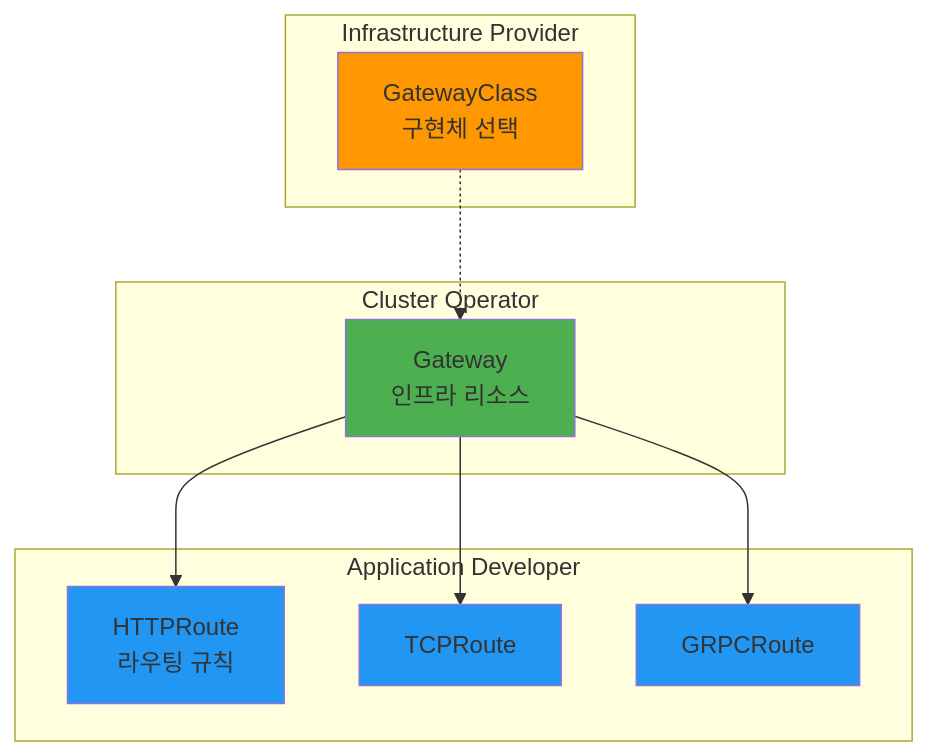
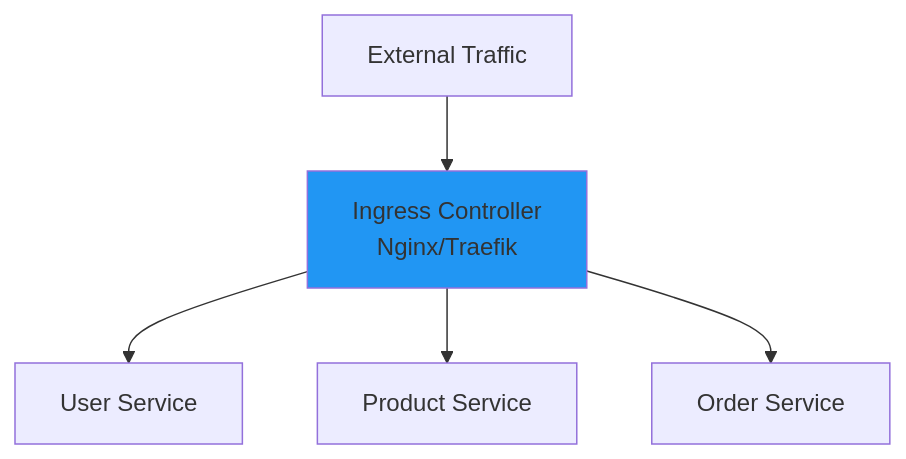
One commit to niceguy61/kdt_devops_lecture_2025 changed the fifth of 6 diagrams in theory/week_04/day2/session_1.md. Above: the diagram before and after it, drawn with Mermaid. The commit also changed other lines of this file and 2 other files, not shown here.

````diff
--- a/theory/week_04/day2/session_1.md
+++ b/theory/week_04/day2/session_1.md
@@ -118,27 +162,10 @@
 ```mermaid
 graph TB
-    subgraph "Infrastructure Provider"
-        GC[GatewayClass<br/>구현체 선택]
-    end
+    A[External Traffic] --> B[Ingress Controller<br/>Nginx/Traefik]
     
-    subgraph "Cluster Operator"
-        GW[Gateway<br/>인프라 리소스]
-    end
+    B --> C[User Service]
+    B --> D[Product Service]
+    B --> E[Order Service]
     
-    subgraph "Application Developer"
-        HR[HTTPRoute<br/>라우팅 규칙]
-        TR[TCPRoute]
-        GR[GRPCRoute]
-    end
-    
-    GC -.-> GW
-    GW --> HR
-    GW --> TR
-    GW --> GR
-    
-    style GC fill:#ff9800
-    style GW fill:#4caf50
-    style HR fill:#2196f3
-    style TR fill:#2196f3
-    style GR fill:#2196f3
+    style B fill:#2196f3
 ```
````
